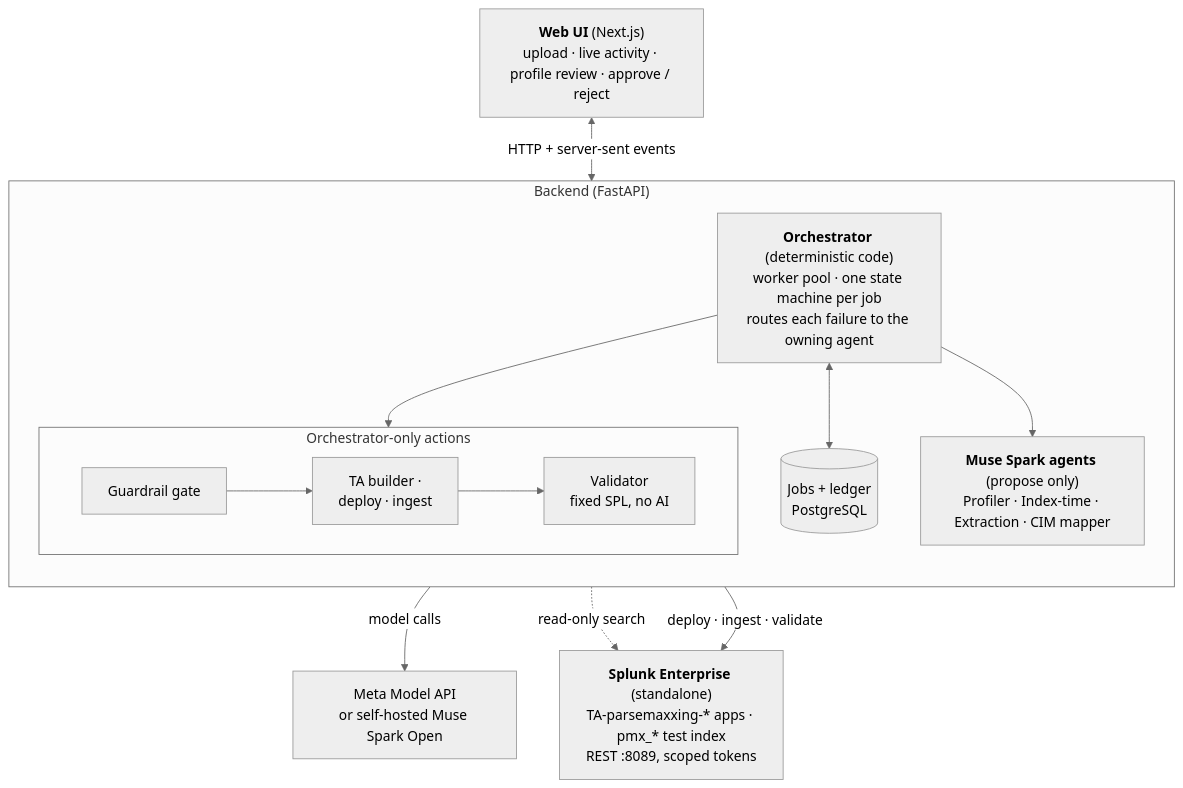
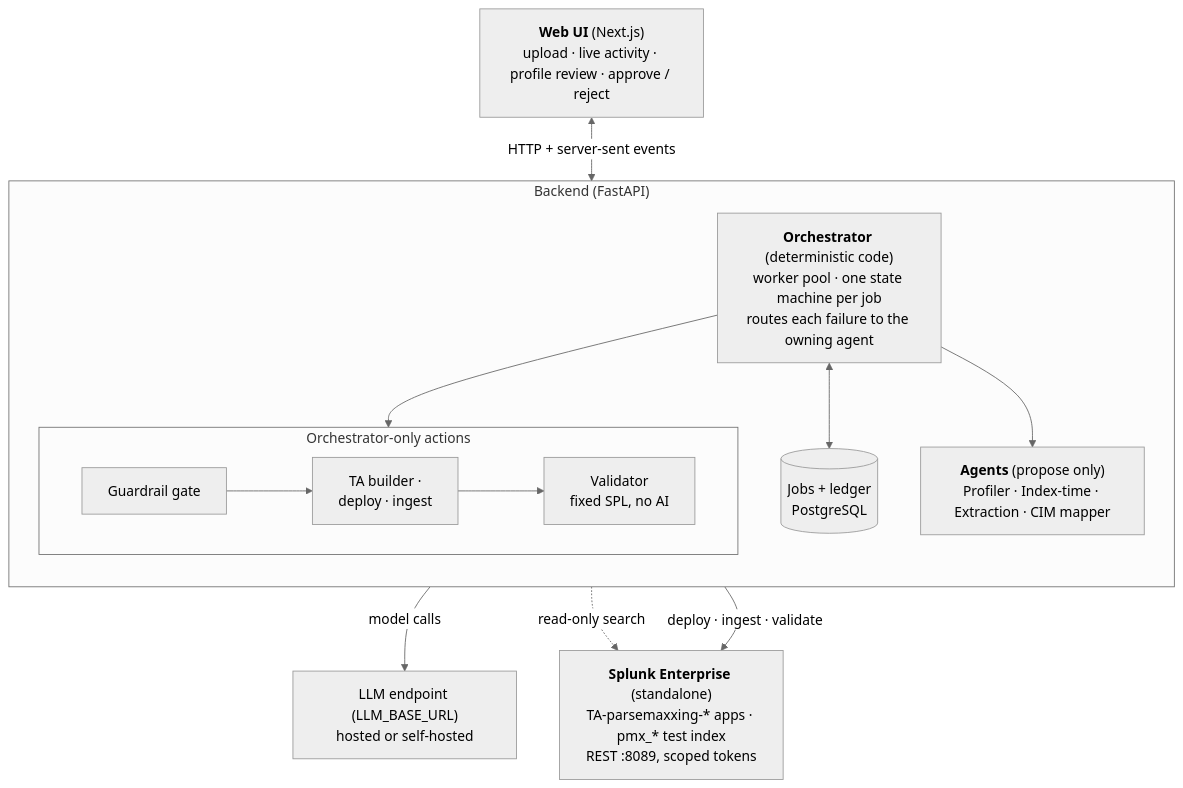
One commit to MKhalafHammad/Parsemaxxing changed the first of 5 diagrams in docs/design.md. Above: the diagram before and after it, drawn with Mermaid (neutral theme). The commit also changed other lines of this file and 4 other files, not shown here.

````diff
--- a/docs/design.md
+++ b/docs/design.md
@@ -51,23 +48,23 @@
 ```mermaid
 flowchart TB
     UI["<b>Web UI</b> (Next.js)<br/>upload · live activity · profile review · approve / reject"]
     subgraph backend["Backend (FastAPI)"]
         direction TB
         ORCH["<b>Orchestrator</b> (deterministic code)<br/>worker pool · one state machine per job<br/>routes each failure to the owning agent"]
         DB[("Jobs + ledger<br/>PostgreSQL")]
-        agents["<b>Muse Spark agents</b> (propose only)<br/>Profiler · Index-time · Extraction · CIM mapper"]
+        agents["<b>Agents</b> (propose only)<br/>Profiler · Index-time · Extraction · CIM mapper"]
         subgraph actions["Orchestrator-only actions"]
             direction LR
             GATE[Guardrail gate] --> BUILD["TA builder ·<br/>deploy · ingest"] --> VAL["Validator<br/>fixed SPL, no AI"]
         end
         ORCH <--> DB
         ORCH --> agents
         ORCH --> actions
     end
     SPLUNK["<b>Splunk Enterprise</b> (standalone)<br/>TA-parsemaxxing-* apps · pmx_* test index<br/>REST :8089, scoped tokens"]
-    LLM["Meta Model API<br/>or self-hosted Muse Spark Open"]
+    LLM["LLM endpoint (LLM_BASE_URL)<br/>hosted or self-hosted"]
     UI <-->|"HTTP + server-sent events"| ORCH
     agents -->|"model calls"| LLM
     agents -.->|"read-only search"| SPLUNK
     actions -->|"deploy · ingest · validate"| SPLUNK
 ```
````
